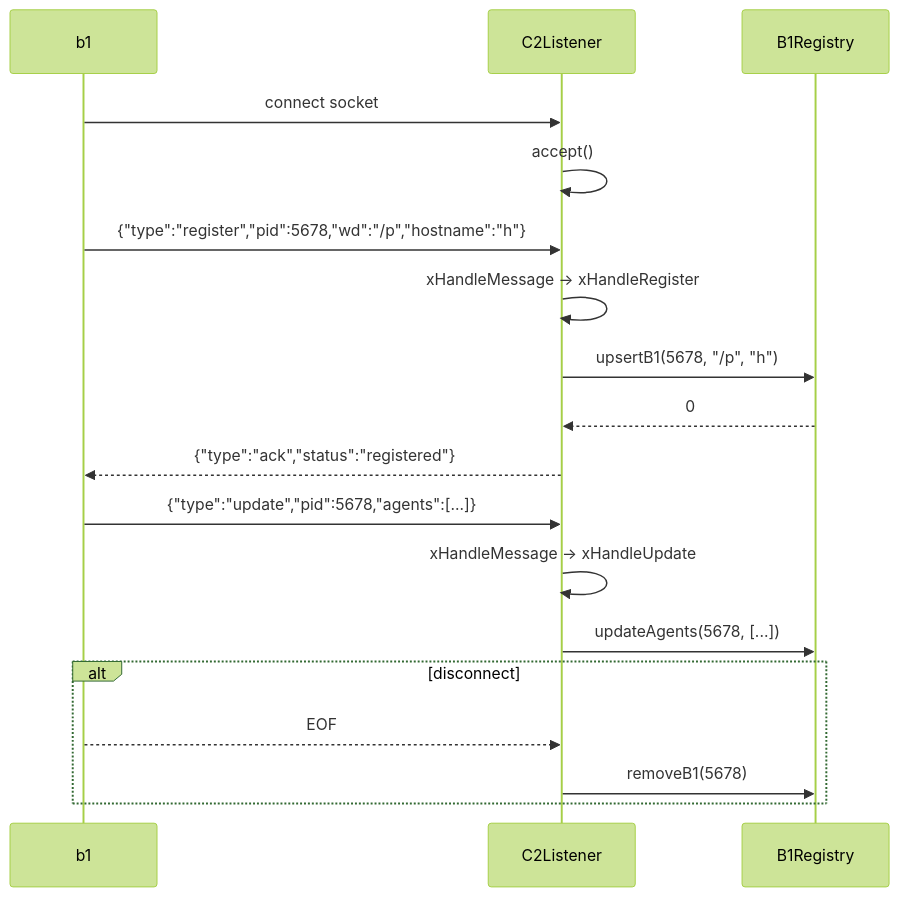
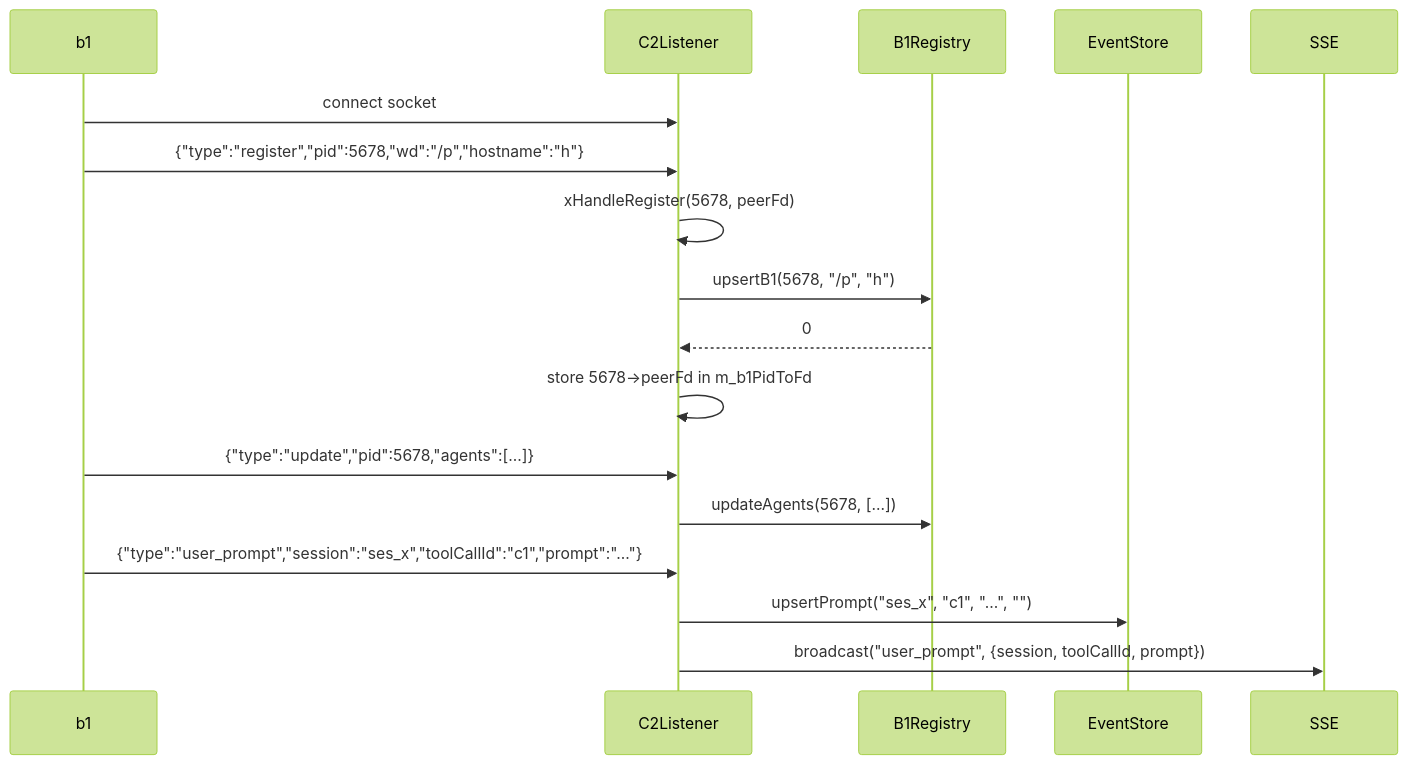
One commit to opensassi/a0 changed the second of 2 diagrams in src/c2/c2_listener.spec.md. Above: the diagram before and after it, drawn with Mermaid (forest theme). The commit also changed other lines of this file and 71 other files, not shown here.

````diff
--- a/src/c2/c2_listener.spec.md
+++ b/src/c2/c2_listener.spec.md
@@ -68,24 +89,22 @@
 ```mermaid
 sequenceDiagram
     participant B1 as b1
     participant L as C2Listener
     participant R as B1Registry
+    participant EV as EventStore
 
     B1->>L: connect socket
-    L->>L: accept()
 
     B1->>L: {"type":"register","pid":5678,"wd":"/p","hostname":"h"}
-    L->>L: xHandleMessage → xHandleRegister
+    L->>L: xHandleRegister(5678, peerFd)
     L->>R: upsertB1(5678, "/p", "h")
     R-->>L: 0
-    L-->>B1: {"type":"ack","status":"registered"}
+    L->>L: store 5678→peerFd in m_b1PidToFd
 
     B1->>L: {"type":"update","pid":5678,"agents":[...]}
-    L->>L: xHandleMessage → xHandleUpdate
     L->>R: updateAgents(5678, [...])
 
-    alt disconnect
-        B1-->>L: EOF
-        L->>R: removeB1(5678)
-    end
+    B1->>L: {"type":"user_prompt","session":"ses_x","toolCallId":"c1","prompt":"..."}
+    L->>EV: upsertPrompt("ses_x", "c1", "...", "")
+    L->>SSE: broadcast("user_prompt", {session, toolCallId, prompt})
 ```
````
